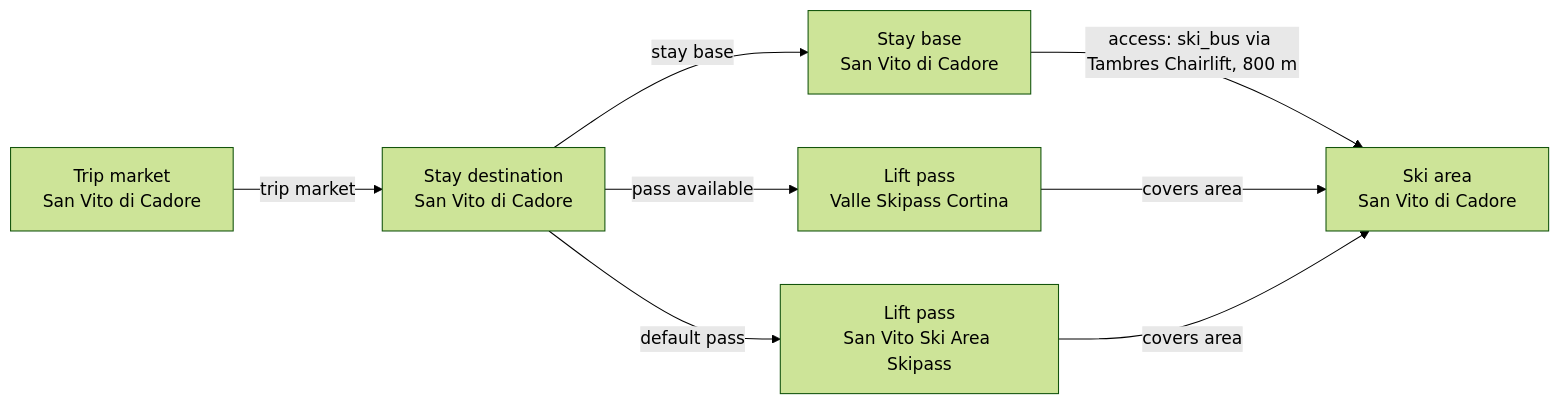
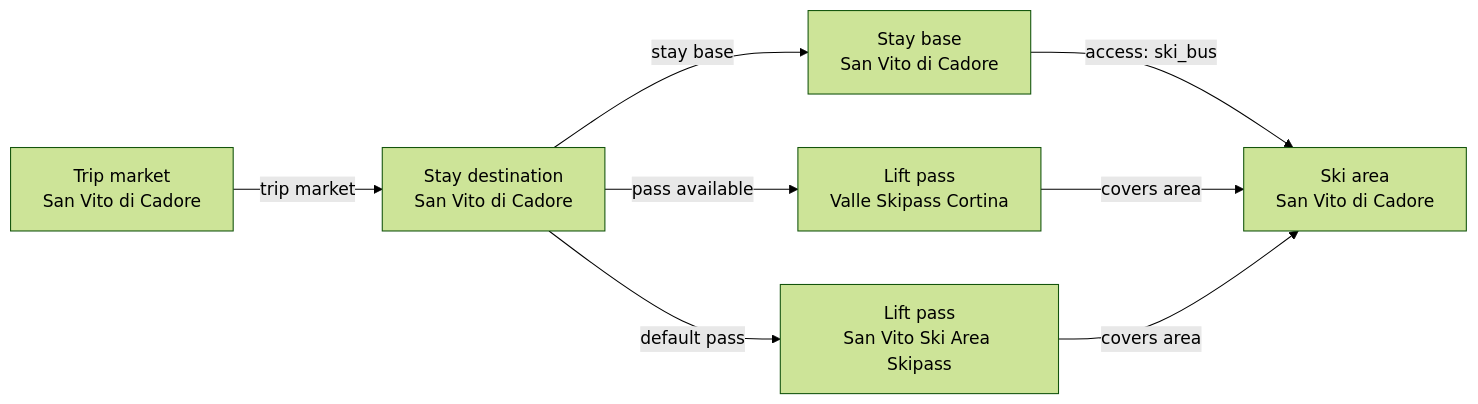
Before and after one commit to lampssy/ai-sports-travel-planner: the diagram in docs/catalog-curation/2026-07-05-san-vito-di-cadore-v2-enrichment.md, drawn with Mermaid (forest theme). The commit also changed other lines of this file and 3 other files, not shown here.

````diff
--- a/docs/catalog-curation/2026-07-05-san-vito-di-cadore-v2-enrichment.md
+++ b/docs/catalog-curation/2026-07-05-san-vito-di-cadore-v2-enrichment.md
@@ -7,16 +7,16 @@
 ```mermaid
 flowchart LR
   region_1["Trip market<br/>San Vito di Cadore"]
   destination_1["Stay destination<br/>San Vito di Cadore"]
   base_1["Stay base<br/>San Vito di Cadore"]
   area_1["Ski area<br/>San Vito di Cadore"]
   pass_1["Lift pass<br/>Valle Skipass Cortina"]
   pass_2["Lift pass<br/>San Vito Ski Area Skipass"]
   region_1 -->|"trip market"| destination_1
   destination_1 -->|"stay base"| base_1
-  base_1 -->|"access: ski_bus via Tambres Chairlift, 800 m"| area_1
+  base_1 -->|"access: ski_bus"| area_1
   destination_1 -->|"pass available"| pass_1
   pass_1 -->|"covers area"| area_1
   destination_1 -->|"default pass"| pass_2
   pass_2 -->|"covers area"| area_1
 ```
````
